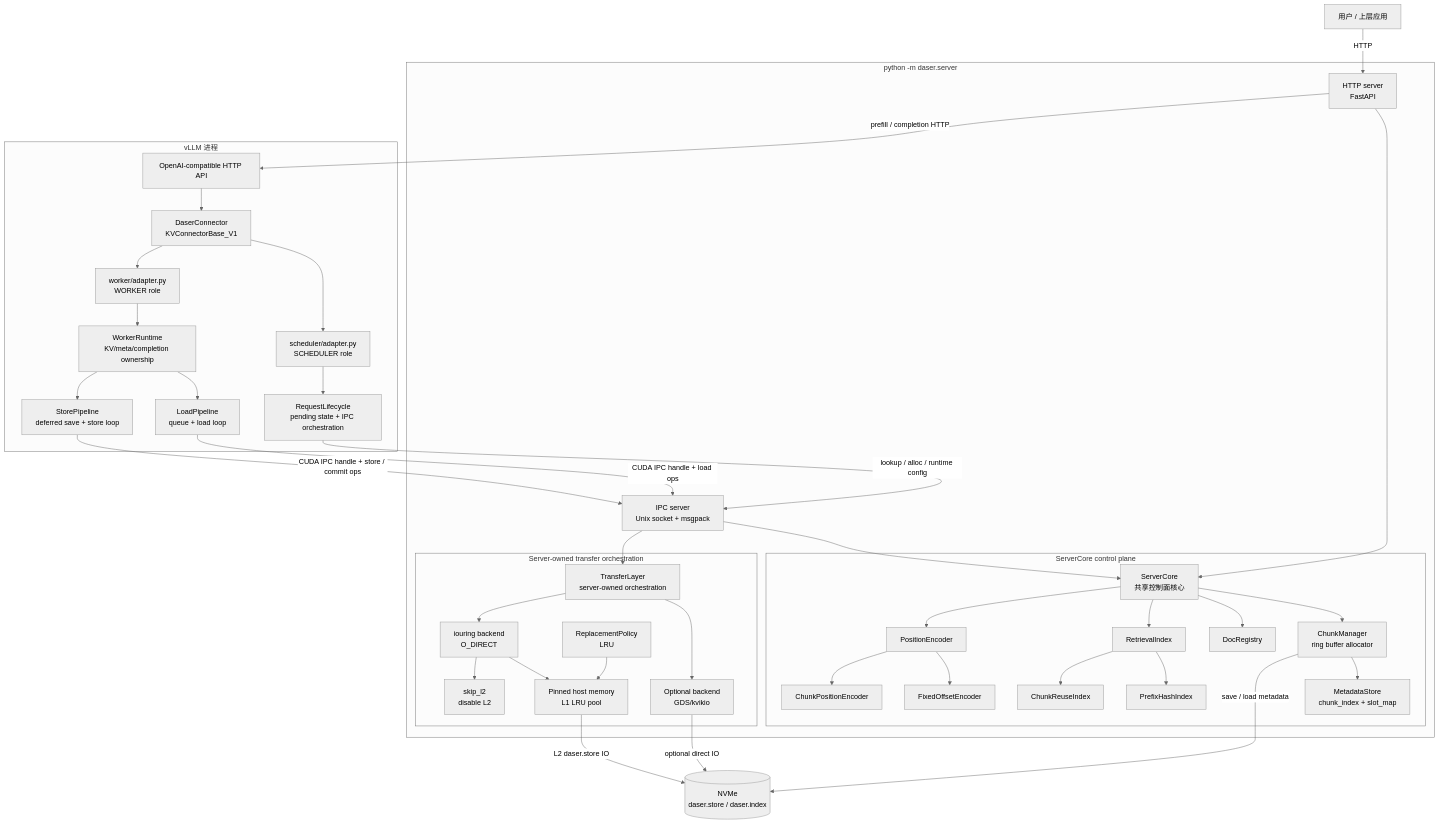
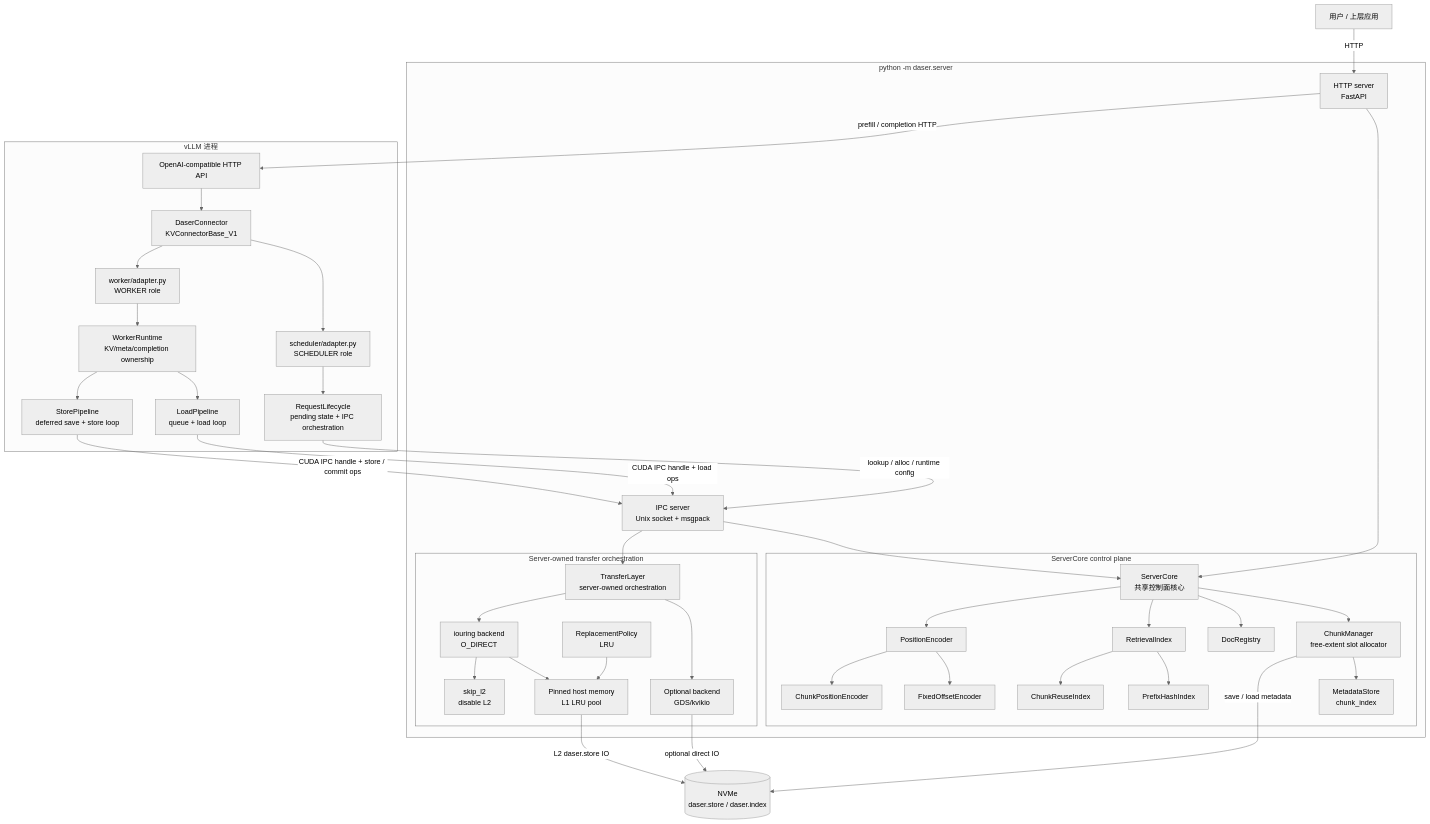
One commit to 7774596/DaseR changed the first of 2 diagrams in docs/design/architecture.md. Above: the diagram before and after it, drawn with Mermaid (neutral theme). The commit also changed other lines of this file and 38 other files, not shown here.

````diff
--- a/docs/design/architecture.md
+++ b/docs/design/architecture.md
@@ -11,80 +11,80 @@
 ```mermaid
 graph TB
     User["用户 / 上层应用"]
 
     subgraph server["python -m daser.server"]
         HTTP["HTTP server<br/>FastAPI"]
         IPC["IPC server<br/>Unix socket + msgpack"]
         subgraph core_owner["ServerCore control plane"]
             CORE["ServerCore<br/>共享控制面核心"]
-            CM["ChunkManager<br/>ring buffer allocator"]
-            MS["MetadataStore<br/>chunk_index + slot_map"]
+            CM["ChunkManager<br/>free-extent slot allocator"]
+            MS["MetadataStore<br/>chunk_index"]
             DR["DocRegistry"]
             RI["RetrievalIndex"]
             PRI["PrefixHashIndex"]
             CRI["ChunkReuseIndex"]
             PE["PositionEncoder"]
             FPE["FixedOffsetEncoder"]
             CPE["ChunkPositionEncoder"]
 
             CORE --> CM
             CORE --> DR
             CORE --> RI
             CORE --> PE
             CM --> MS
             RI --> PRI
             RI --> CRI
             PE --> FPE
             PE --> CPE
         end
 
         subgraph transfer_owner["Server-owned transfer orchestration"]
             TL["TransferLayer<br/>server-owned orchestration"]
             GDS["Optional backend<br/>GDS/kvikio"]
             IOR["iouring backend<br/>O_DIRECT"]
             SKIP["skip_l2<br/>disable L2"]
             L1["Pinned host memory<br/>L1 LRU pool"]
             RP["ReplacementPolicy<br/>LRU"]
 
             TL --> GDS
             TL --> IOR
             IOR --> L1
             IOR --> SKIP
             RP --> L1
         end
 
         HTTP --> CORE
         IPC --> CORE
         IPC --> TL
     end
 
     subgraph vllm["vLLM 进程"]
         VAPI["OpenAI-compatible HTTP API"]
         DC["DaserConnector<br/>KVConnectorBase_V1"]
         SCHED["scheduler/adapter.py<br/>SCHEDULER role"]
         WORKER["worker/adapter.py<br/>WORKER role"]
         LIFE["RequestLifecycle<br/>pending state + IPC orchestration"]
         RUNTIME["WorkerRuntime<br/>KV/meta/completion ownership"]
         LOAD["LoadPipeline<br/>queue + load loop"]
         STORE["StorePipeline<br/>deferred save + store loop"]
 
         VAPI --> DC
         DC --> SCHED
         DC --> WORKER
         SCHED --> LIFE
         WORKER --> RUNTIME
         RUNTIME --> LOAD
         RUNTIME --> STORE
     end
 
     NVMe[("NVMe<br/>daser.store / daser.index")]
 
     User -- "HTTP" --> HTTP
     HTTP -- "prefill / completion HTTP" --> VAPI
     LIFE -- "lookup / alloc / runtime config" --> IPC
     LOAD -- "CUDA IPC handle + load ops" --> IPC
     STORE -- "CUDA IPC handle + store / commit ops" --> IPC
     GDS -- "optional direct IO" --> NVMe
     L1 -- "L2 daser.store IO" --> NVMe
     CM -- "save / load metadata" --> NVMe
 ```
````
